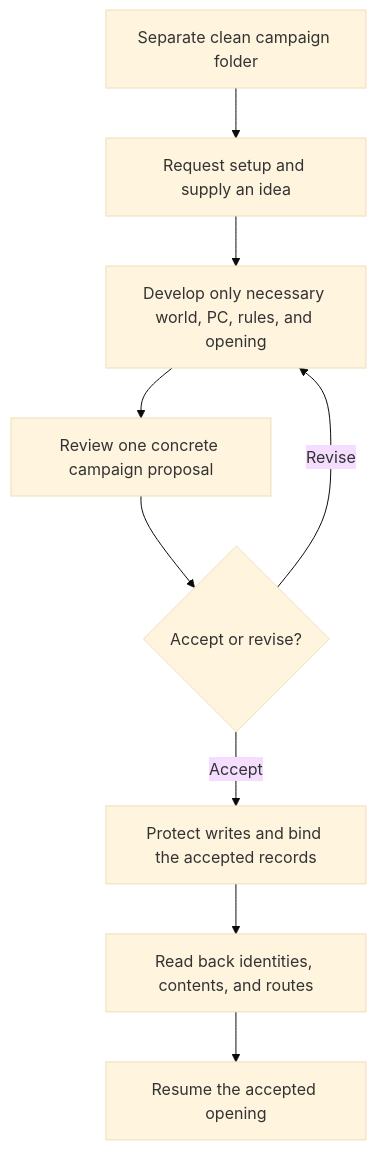
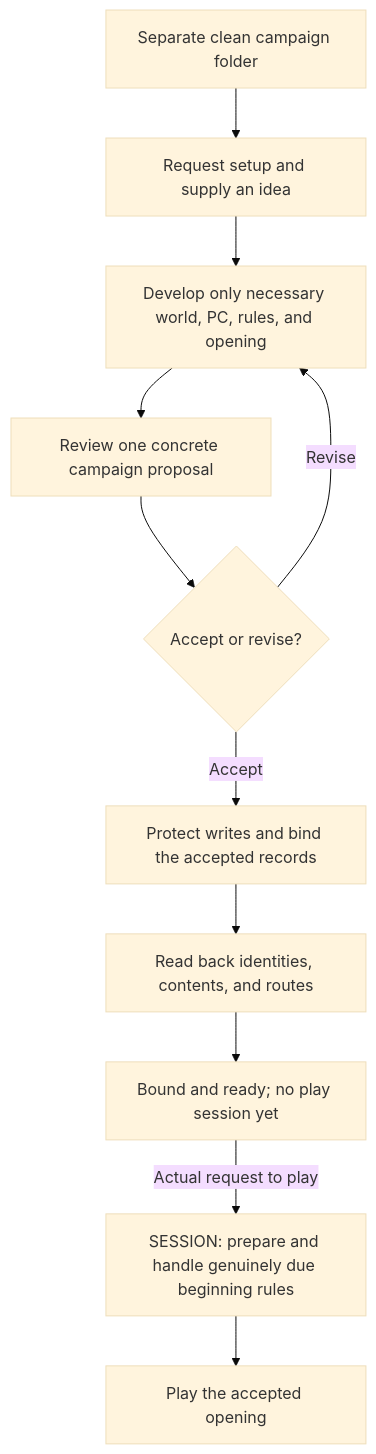
Before and after one commit to croatianrdy2defend-create/RPG-OS: the second of 11 diagrams in MECHANICS.md, drawn with Mermaid (base theme). The commit also changed other lines of this file and 41 other files, not shown here.

````diff
--- a/MECHANICS.md
+++ b/MECHANICS.md
@@ -89,11 +89,13 @@
 ```mermaid
 flowchart TD
     setupFresh["Separate clean campaign folder"] --> setupRequest["Request setup and supply an idea"]
     setupRequest --> setupDraft["Develop only necessary world, PC, rules, and opening"]
     setupDraft --> setupProposal["Review one concrete campaign proposal"]
     setupProposal --> setupChoice{"Accept or revise?"}
     setupChoice -->|"Revise"| setupDraft
     setupChoice -->|"Accept"| setupBind["Protect writes and bind the accepted records"]
     setupBind --> setupVerify["Read back identities, contents, and routes"]
-    setupVerify --> setupPlay["Resume the accepted opening"]
+    setupVerify --> setupReady["Bound and ready; no play session yet"]
+    setupReady -->|"Actual request to play"| setupPrepare["SESSION: prepare and handle genuinely due beginning rules"]
+    setupPrepare --> setupPlay["Play the accepted opening"]
 ```
````
